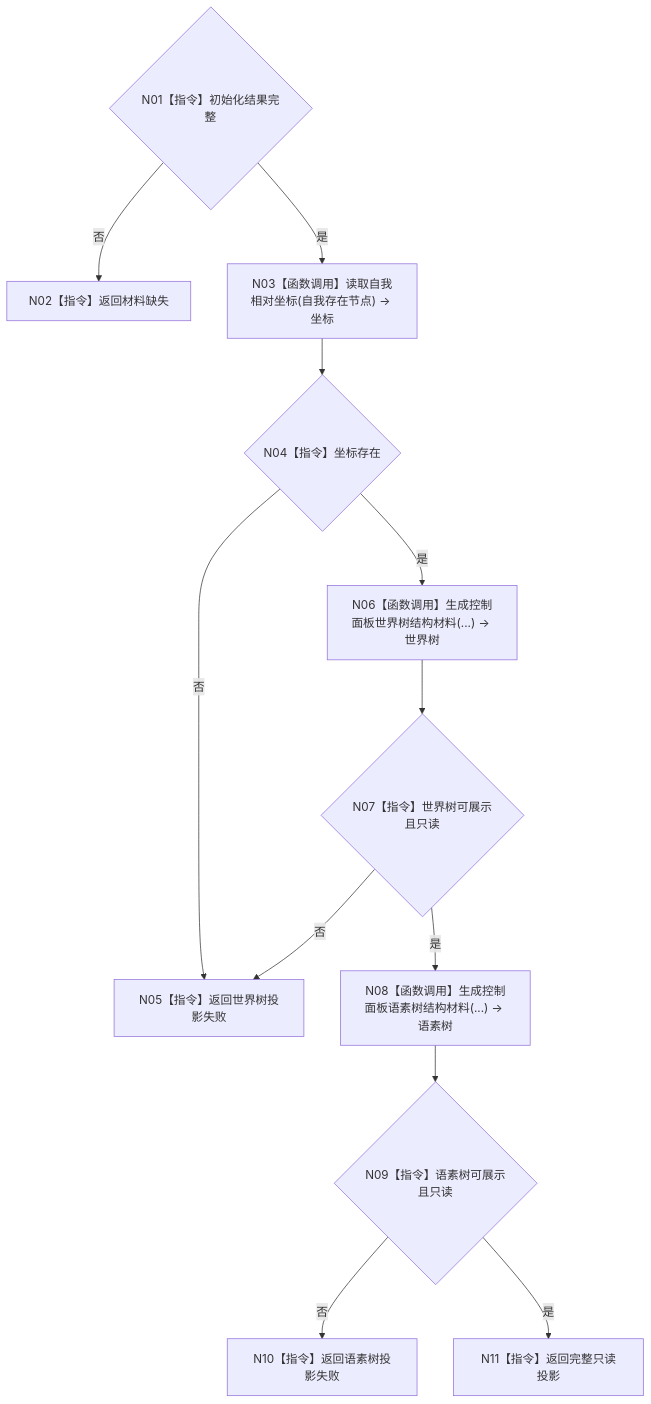
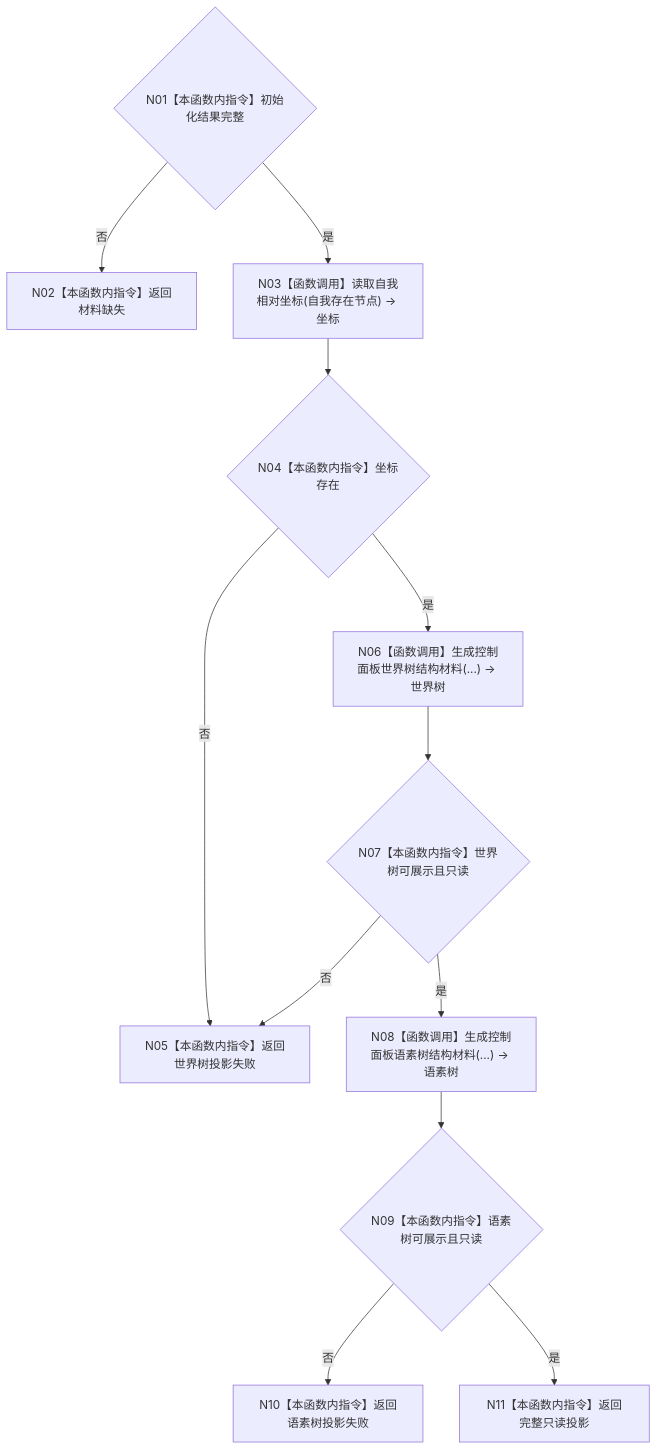
The diagram in 流程图/20260726_ENTRY-ONLY_F09_生成控制面板启动投影_施工流程图_v0.1.md (chunhaizh-cyber/HY-Ego), drawn with Mermaid before and after one commit. The commit also changed other lines of this file and 88 other files, not shown here.

````diff
--- a/流程图/20260726_ENTRY-ONLY_F09_生成控制面板启动投影_施工流程图_v0.1.md
+++ b/流程图/20260726_ENTRY-ONLY_F09_生成控制面板启动投影_施工流程图_v0.1.md
@@ -8,14 +28,14 @@
 ```mermaid
 flowchart TD
-    N01{"N01【指令】初始化结果完整"} -- "否" --> R0["N02【指令】返回材料缺失"]
+    N01{"N01【本函数内指令】初始化结果完整"} -- "否" --> R0["N02【本函数内指令】返回材料缺失"]
     N01 -- "是" --> N03["N03【函数调用】读取自我相对坐标(自我存在节点) -> 坐标"]
-    N03 --> N04{"N04【指令】坐标存在"}
-    N04 -- "否" --> R1["N05【指令】返回世界树投影失败"]
+    N03 --> N04{"N04【本函数内指令】坐标存在"}
+    N04 -- "否" --> R1["N05【本函数内指令】返回世界树投影失败"]
     N04 -- "是" --> N06["N06【函数调用】生成控制面板世界树结构材料(...) -> 世界树"]
-    N06 --> N07{"N07【指令】世界树可展示且只读"}
+    N06 --> N07{"N07【本函数内指令】世界树可展示且只读"}
     N07 -- "否" --> R1
     N07 -- "是" --> N08["N08【函数调用】生成控制面板语素树结构材料(...) -> 语素树"]
-    N08 --> N09{"N09【指令】语素树可展示且只读"}
-    N09 -- "否" --> R2["N10【指令】返回语素树投影失败"]
-    N09 -- "是" --> N11["N11【指令】返回完整只读投影"]
+    N08 --> N09{"N09【本函数内指令】语素树可展示且只读"}
+    N09 -- "否" --> R2["N10【本函数内指令】返回语素树投影失败"]
+    N09 -- "是" --> N11["N11【本函数内指令】返回完整只读投影"]
 ```
````
